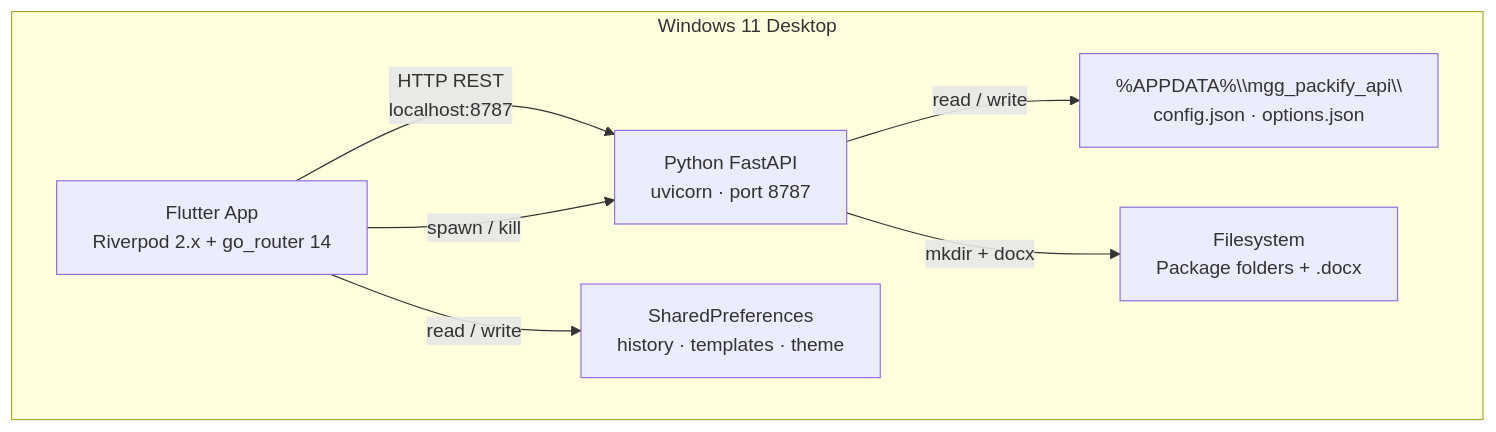
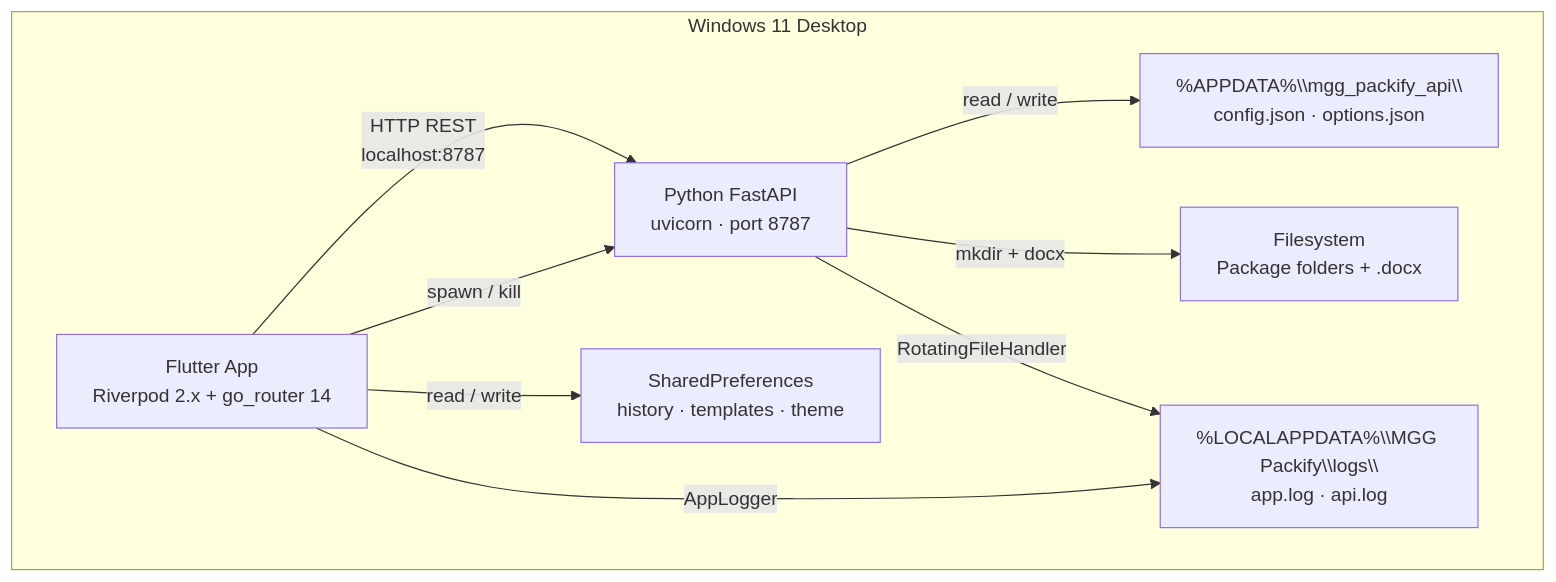
Before and after one commit to mgg-171093/mgg-packify: the diagram in README.md, drawn with Mermaid. The commit also changed other lines of this file and 5 other files, not shown here.

````diff
--- a/README.md
+++ b/README.md
@@ -23,16 +24,19 @@
 ```mermaid
 graph TB
     subgraph Windows["Windows 11 Desktop"]
         Flutter["Flutter App<br/>Riverpod 2.x + go_router 14"]
         API["Python FastAPI<br/>uvicorn · port 8787"]
         FS["Filesystem<br/>Package folders + .docx"]
         Config["%APPDATA%\\mgg_packify_api\\<br/>config.json · options.json"]
+        Logs["%LOCALAPPDATA%\\MGG Packify\\logs\\<br/>app.log · api.log"]
         SharedPrefs["SharedPreferences<br/>history · templates · theme"]
     end
 
     Flutter -->|"HTTP REST<br/>localhost:8787"| API
     Flutter -->|"spawn / kill"| API
     API -->|"read / write"| Config
     API -->|"mkdir + docx"| FS
+    API -->|"RotatingFileHandler"| Logs
+    Flutter -->|"AppLogger"| Logs
     Flutter -->|"read / write"| SharedPrefs
 ```
````
